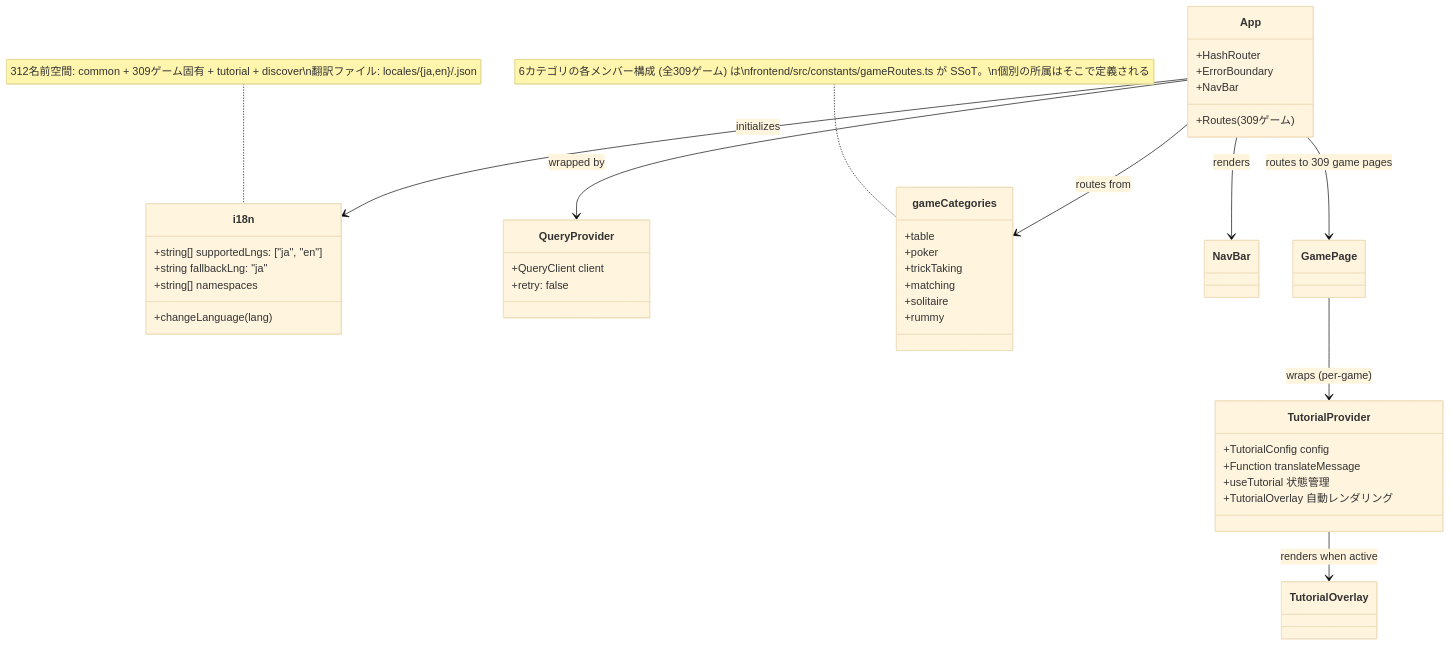
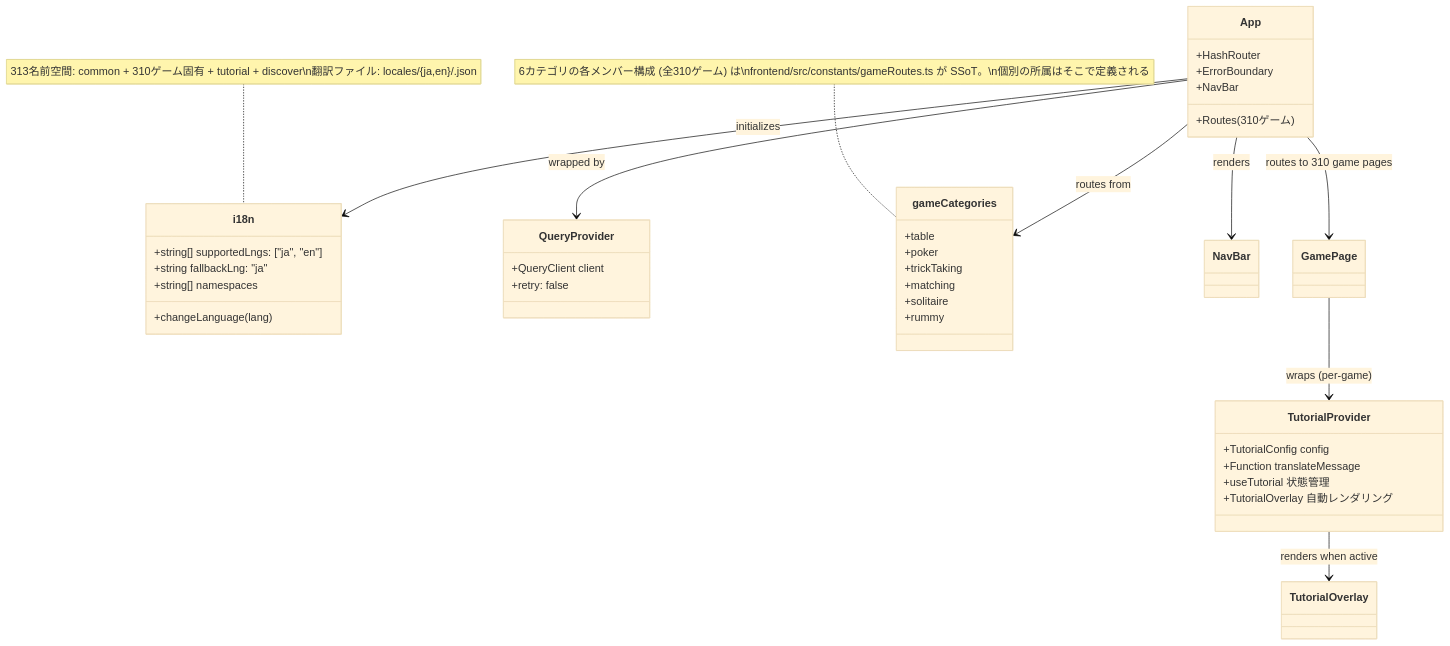
One commit to yuta-yoshinaga/go_trumpcards changed the ninth of 49 diagrams in docs/design/frontend.md. Above: the diagram before and after it, drawn with Mermaid (base theme). The commit also changed other lines of this file and 59 other files, not shown here.

````diff
--- a/docs/design/frontend.md
+++ b/docs/design/frontend.md
@@ -1869,48 +1869,48 @@
 ```mermaid
 classDiagram
     class i18n {
         +string[] supportedLngs: ["ja", "en"]
         +string fallbackLng: "ja"
         +string[] namespaces
         +changeLanguage(lang)
     }
 
     class QueryProvider {
         +QueryClient client
         +retry: false
     }
 
     class App {
         +HashRouter
         +ErrorBoundary
         +NavBar
-        +Routes (309ゲーム)
+        +Routes (310ゲーム)
     }
 
     class gameCategories {
         +table
         +poker
         +trickTaking
         +matching
         +solitaire
         +rummy
     }
-    note for gameCategories "6カテゴリの各メンバー構成 (全309ゲーム) は\nfrontend/src/constants/gameRoutes.ts が SSoT。\n個別の所属はそこで定義される"
+    note for gameCategories "6カテゴリの各メンバー構成 (全310ゲーム) は\nfrontend/src/constants/gameRoutes.ts が SSoT。\n個別の所属はそこで定義される"
 
     class TutorialProvider {
         +TutorialConfig config
         +Function translateMessage
         +useTutorial 状態管理
         +TutorialOverlay 自動レンダリング
     }
 
     App --> QueryProvider : wrapped by
     App --> i18n : initializes
     App --> gameCategories : routes from
     App --> NavBar : renders
-    App --> GamePage : routes to 309 game pages
+    App --> GamePage : routes to 310 game pages
     GamePage --> TutorialProvider : wraps (per-game)
     TutorialProvider --> TutorialOverlay : renders when active
 
-    note for i18n "312名前空間: common + 309ゲーム固有 + tutorial + discover\n翻訳ファイル: locales/{ja,en}/<game>.json"
+    note for i18n "313名前空間: common + 310ゲーム固有 + tutorial + discover\n翻訳ファイル: locales/{ja,en}/<game>.json"
 ```
````
